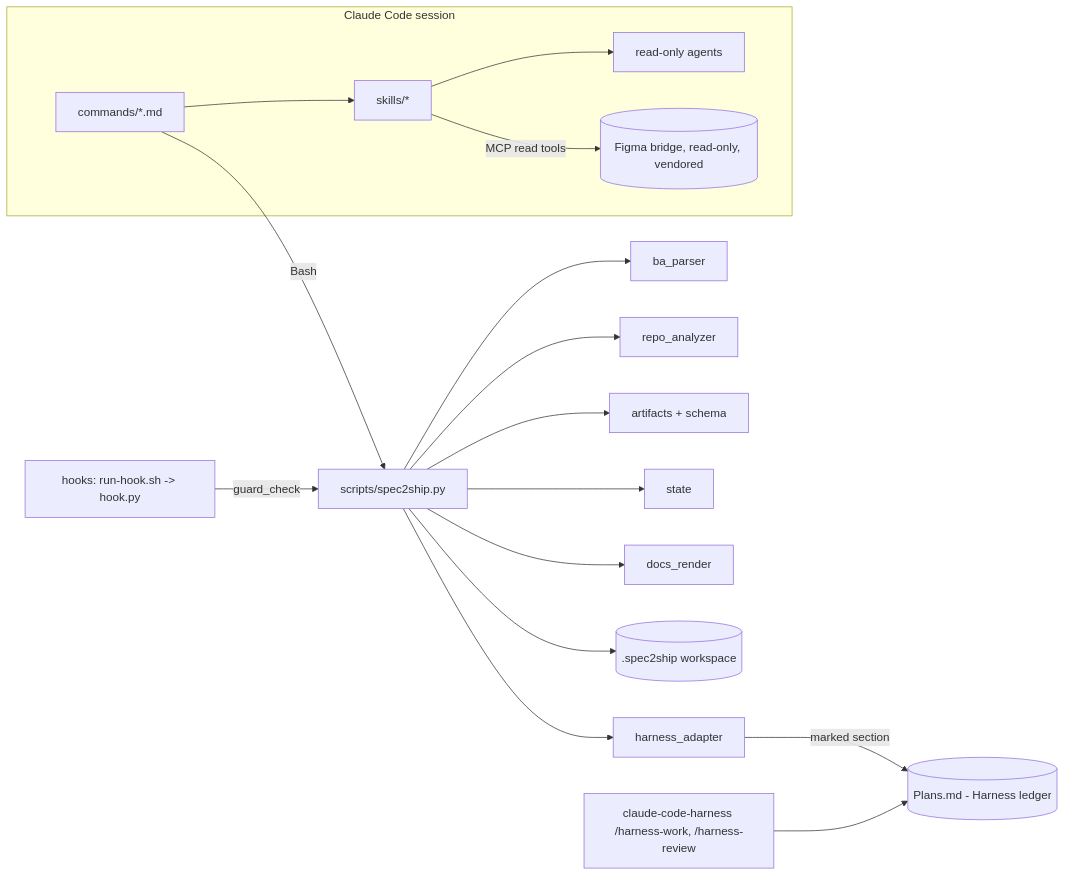
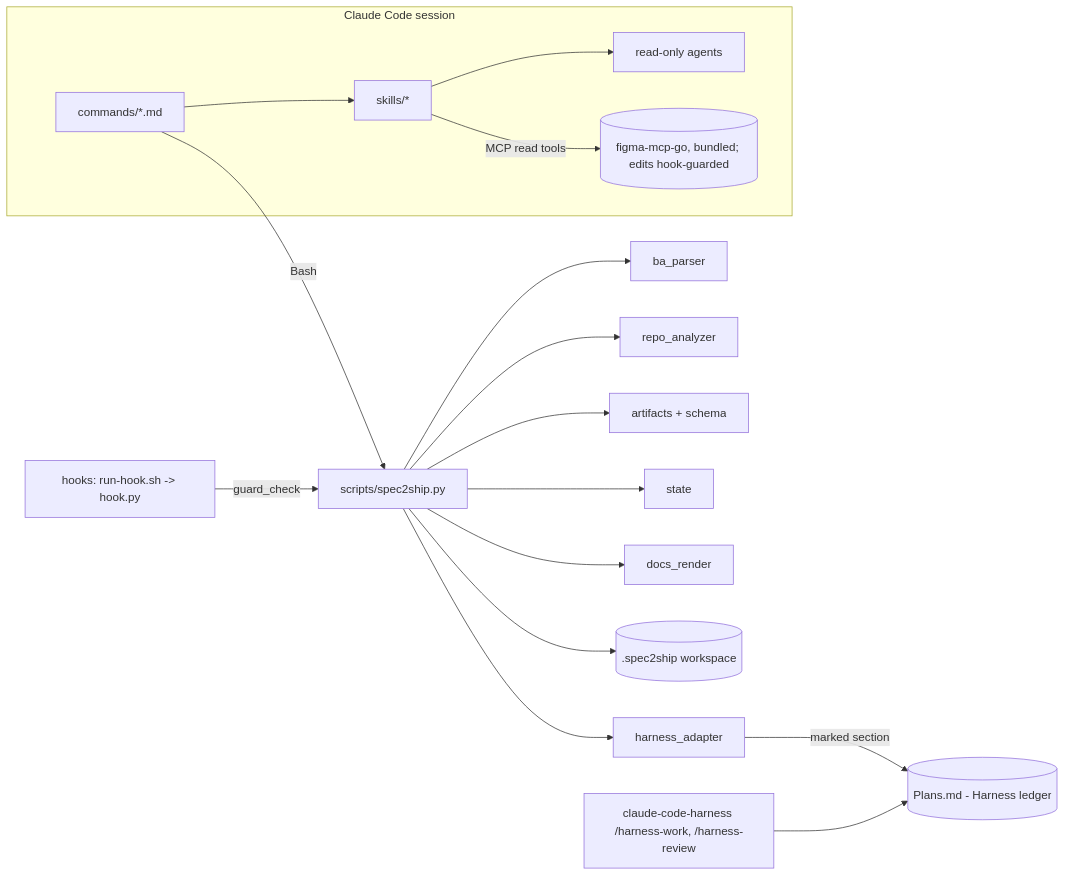
One commit to hthai1523/spec2ship changed the diagram in docs/ARCHITECTURE.md. Above: the diagram before and after it, drawn with Mermaid. The commit also changed 31 other files, not shown here.

First line of the commit message:
fix: use figma-mcp-go again for Figma, guard design edits (0.5.1)

````diff
--- a/docs/ARCHITECTURE.md
+++ b/docs/ARCHITECTURE.md
@@ -6,14 +6,14 @@
 ```mermaid
 flowchart LR
     subgraph Claude Code session
       CMD[commands/*.md] --> SK[skills/*]
       SK --> AG[read-only agents]
-      SK -->|MCP read tools| FIG[(Figma bridge, read-only, vendored)]
+      SK -->|MCP read tools| FIG[(figma-mcp-go, bundled; edits hook-guarded)]
     end
     CMD -->|Bash| CLI[scripts/spec2ship.py]
     CLI --> PARSE[ba_parser] & REPO[repo_analyzer] & VAL[artifacts + schema] & ST[state] & DOC[docs_render] & HA[harness_adapter]
     HA -->|marked section| PLANS[(Plans.md - Harness ledger)]
     HARNESS[claude-code-harness /harness-work, /harness-review] --> PLANS
     HOOK[hooks: run-hook.sh -> hook.py] -->|guard_check| CLI
     CLI --> WS[(.spec2ship workspace)]
 ```
````
